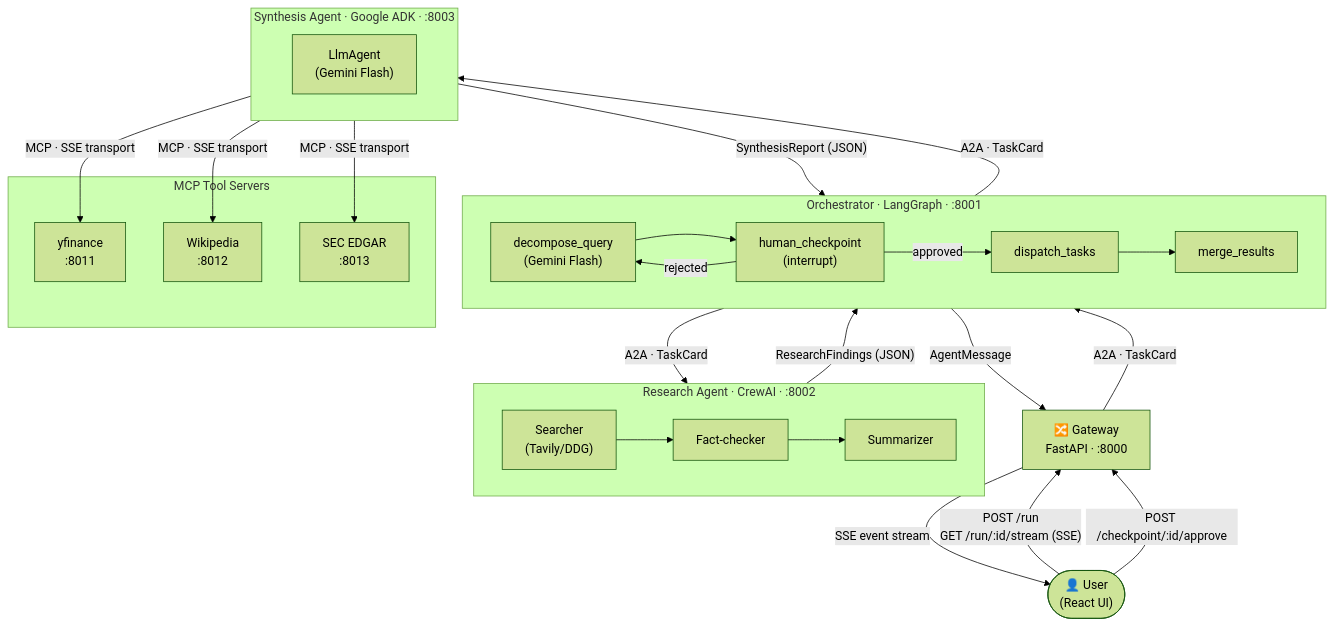
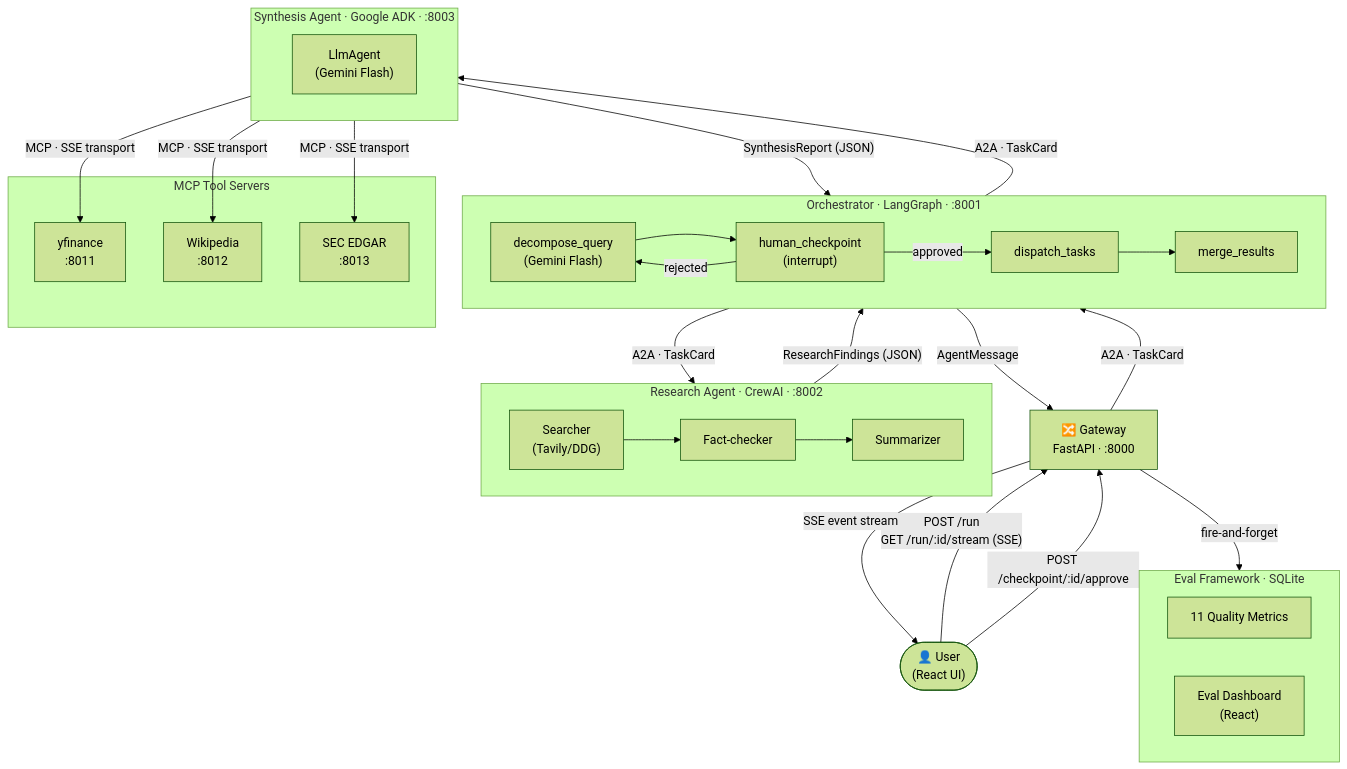
The diagram in README.md (Jeet-51/agentmesh), drawn with Mermaid (forest theme) before and after one commit. The commit also changed other lines of this file and 68 other files, not shown here.

````diff
--- a/README.md
+++ b/README.md
@@ -9,49 +9,55 @@
 ```mermaid
 flowchart TD
     User(["👤 User\n(React UI)"])
     GW["🔀 Gateway\nFastAPI · :8000"]
 
     subgraph Orchestrator ["Orchestrator · LangGraph · :8001"]
         O1["decompose_query\n(Gemini Flash)"]
         O2["human_checkpoint\n(interrupt)"]
         O3["dispatch_tasks"]
         O4["merge_results"]
         O1 --> O2
         O2 -- approved --> O3
         O2 -- rejected --> O1
         O3 --> O4
     end
 
     subgraph Research ["Research Agent · CrewAI · :8002"]
         R1["Searcher\n(Tavily/DDG)"]
         R2["Fact-checker"]
         R3["Summarizer"]
         R1 --> R2 --> R3
     end
 
     subgraph Synthesis ["Synthesis Agent · Google ADK · :8003"]
         S1["LlmAgent\n(Gemini Flash)"]
     end
 
     subgraph MCP ["MCP Tool Servers"]
         T1["yfinance\n:8011"]
         T2["Wikipedia\n:8012"]
         T3["SEC EDGAR\n:8013"]
     end
 
+    subgraph Evals ["Eval Framework · SQLite"]
+        E1["11 Quality Metrics"]
+        E2["Eval Dashboard\n(React)"]
+    end
+
     User -- "POST /run\nGET /run/:id/stream (SSE)" --> GW
     User -- "POST /checkpoint/:id/approve" --> GW
 
     GW -- "A2A · TaskCard" --> Orchestrator
     Orchestrator -- "A2A · TaskCard" --> Research
     Orchestrator -- "A2A · TaskCard" --> Synthesis
 
     Synthesis -- "MCP · SSE transport" --> T1
     Synthesis -- "MCP · SSE transport" --> T2
     Synthesis -- "MCP · SSE transport" --> T3
 
     Research -- "ResearchFindings (JSON)" --> Orchestrator
     Synthesis -- "SynthesisReport (JSON)" --> Orchestrator
     Orchestrator -- "AgentMessage" --> GW
     GW -- "SSE event stream" --> User
+    GW -- "fire-and-forget" --> Evals
 ```
````
